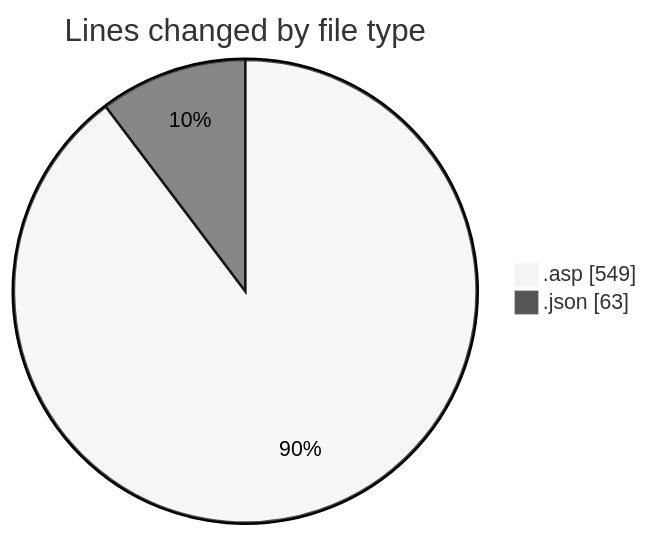
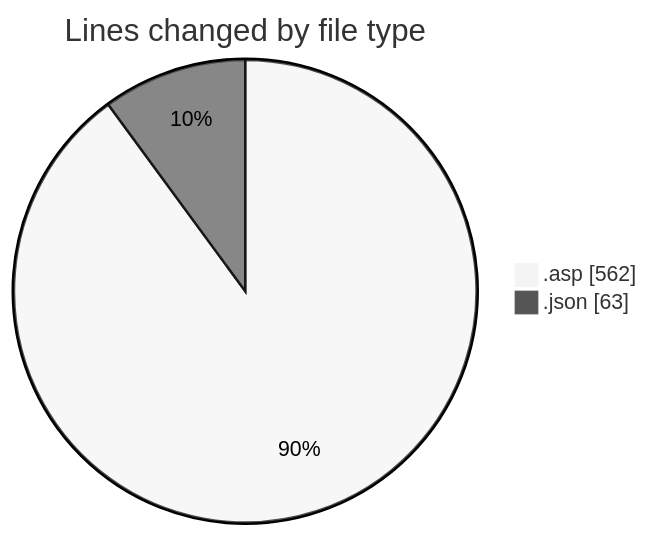
The first of 2 diagrams in 2025-10-20/usr_aleoudev_fr__workspace_/README.md (julien-gomy/code-tracking), drawn with Mermaid (neutral theme) before and after one commit. The commit also changed other lines of this file and 1 other file, not shown here.

````diff
--- a/2025-10-20/usr_aleoudev_fr__workspace_/README.md
+++ b/2025-10-20/usr_aleoudev_fr__workspace_/README.md
@@ -22,6 +22,6 @@
 ```mermaid
 pie showData
 title Lines changed by file type
-".asp" : 549
+".asp" : 562
 ".json" : 63
 ```
````
